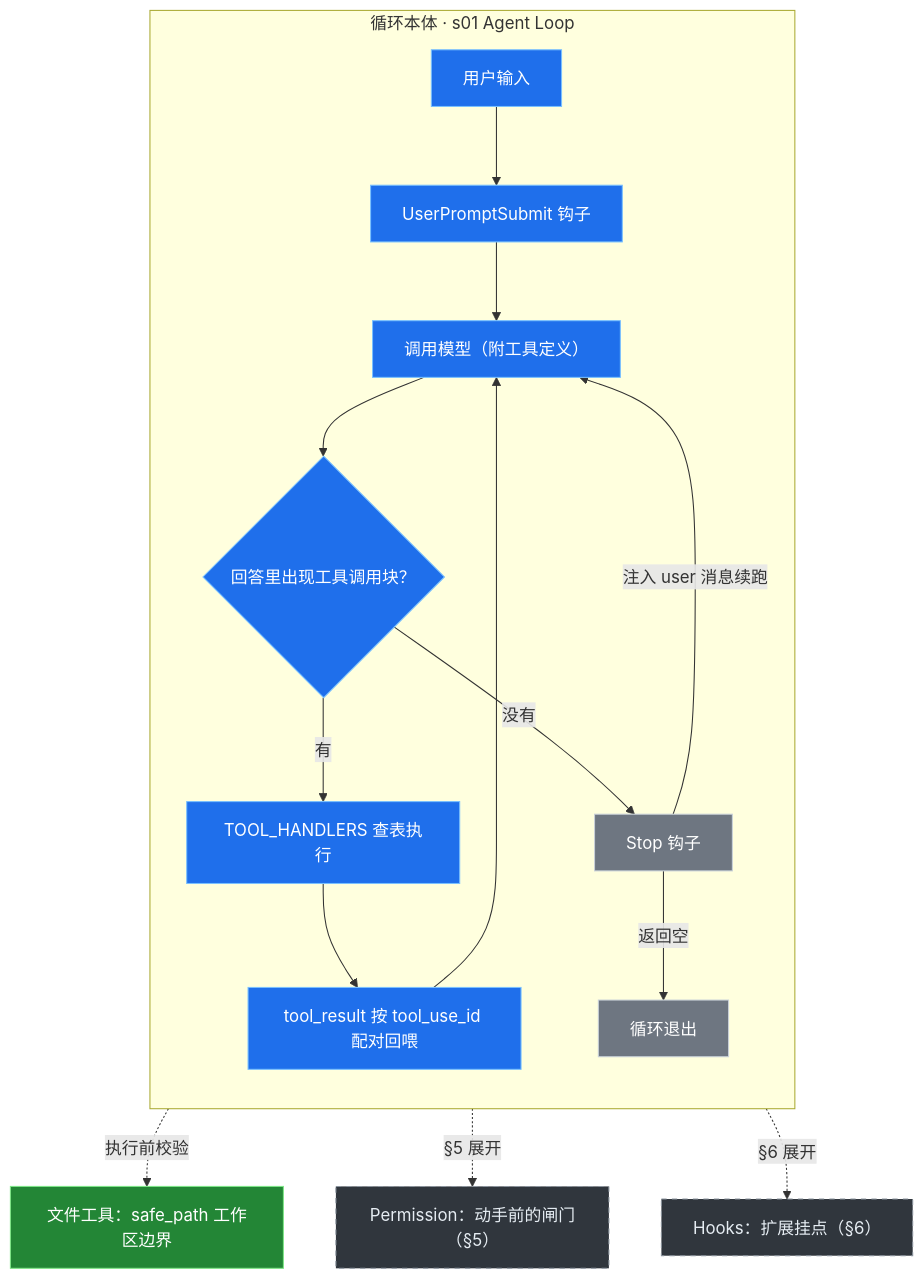
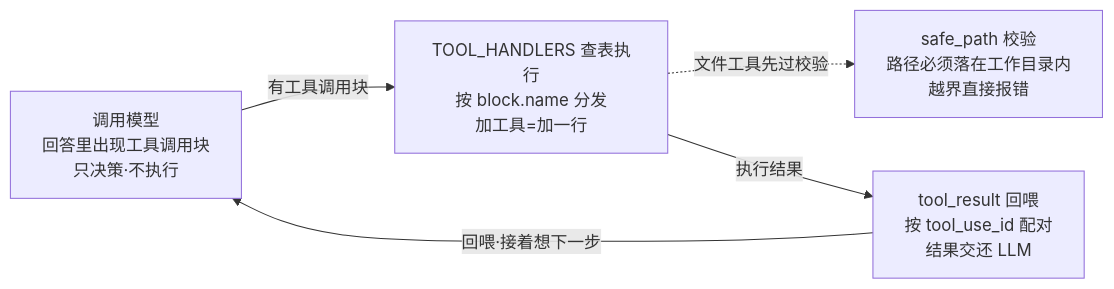
The diagram in docs/assets/mermaid/agent-harness/lcc-tooling--loop-with-tools.mmd (ThreeFish-AI/negentropy), drawn with Mermaid before and after one commit. The commit also changed 46 other files, not shown here.

First line of the commit message:
docs(lcc-tooling): 171 五图视觉优化——统一顺时针回环网格（architecture 型）;

```diff
--- a/docs/assets/mermaid/agent-harness/lcc-tooling--loop-with-tools.mmd
+++ b/docs/assets/mermaid/agent-harness/lcc-tooling--loop-with-tools.mmd
@@ -1,34 +1,11 @@
 %% source: docs/research/agent-harness/171-claude-code-tooling-execution.md（§4 Tool Use · 渐进图 L2）
 %% slug: lcc-tooling--loop-with-tools
 %% type: architecture
-%% derived: 渐进披露系列（2026-10-10）：执行节点展开为 TOOL_HANDLERS 查表分发（+safe_path 工作区边界）
-flowchart TD
-    subgraph LOOP["循环本体 · s01 Agent Loop"]
-        direction TB
-        P["用户输入"] --> UPS["UserPromptSubmit 钩子"]
-        UPS --> LLM["调用模型（附工具定义）"]
-        LLM --> CRIT{"回答里出现工具调用块？"}
-        CRIT -- "有" --> RUN["TOOL_HANDLERS 查表执行"]
-        RUN --> TR["tool_result 按 tool_use_id 配对回喂"]
-        TR --> LLM
-        CRIT -- "没有" --> STOP["Stop 钩子"]
-        STOP -- "注入 user 消息续跑" --> LLM
-        STOP -- "返回空" --> DONE["循环退出"]
-    end
-
-    SAFE["文件工具：safe_path 工作区边界"]
-    PERM["Permission：动手前的闸门（§5）"]
-    HOOKS["Hooks：扩展挂点（§6）"]
-
-    RUN -. "执行前校验" .-> SAFE
-    RUN -. "§5 展开" .-> PERM
-    LOOP -. "§6 展开" .-> HOOKS
-
-    classDef loopnode fill:#1f6feb,stroke:#79c0ff,color:#ffffff
-    classDef safenode fill:#238636,stroke:#7ee787,color:#ffffff
-    classDef endnode fill:#6e7681,stroke:#c9d1d9,color:#ffffff
-    classDef placeholder fill:#30363d,stroke:#8b949e,color:#e6edf3,stroke-dasharray: 5 5
-    class P,UPS,LLM,CRIT,RUN,TR loopnode
-    class SAFE safenode
-    class STOP,DONE endnode
-    class PERM,HOOKS placeholder
+%% derived: 渐进披露系列（2026-10-10）：执行节点展开为 TOOL_HANDLERS 查表分发（+safe_path 工作区边界）；2026-10-12 视觉优化轮——五图统一顺时针回环网格，safe_path 置于执行链首斜下方，节点/边/文案与前版逐字一致
+%% grid: think=(r0,c2) run=(r1,c3) safe=(r2,c4) feed=(r2,c2)；槽位跨级不变，详见 docs/diagrams/lcc-tooling--loop-with-tools/lcc-tooling--loop-with-tools.json
+flowchart LR
+    THINK["调用模型<br/>回答里出现工具调用块<br/>只决策·不执行"]
+    THINK -- "有工具调用块" --> RUN["TOOL_HANDLERS 查表执行<br/>按 block.name 分发<br/>加工具=加一行"]
+    RUN -. "文件工具先过校验" .-> SAFE["safe_path 校验<br/>路径必须落在工作目录内<br/>越界直接报错"]
+    RUN -- "执行结果" --> FEED["tool_result 回喂<br/>按 tool_use_id 配对<br/>结果交还 LLM"]
+    FEED -- "回喂·接着想下一步" --> THINK
```
